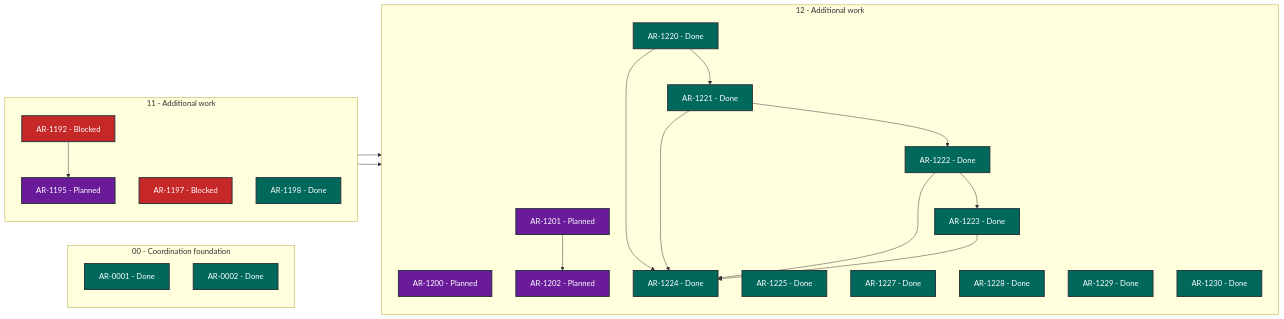
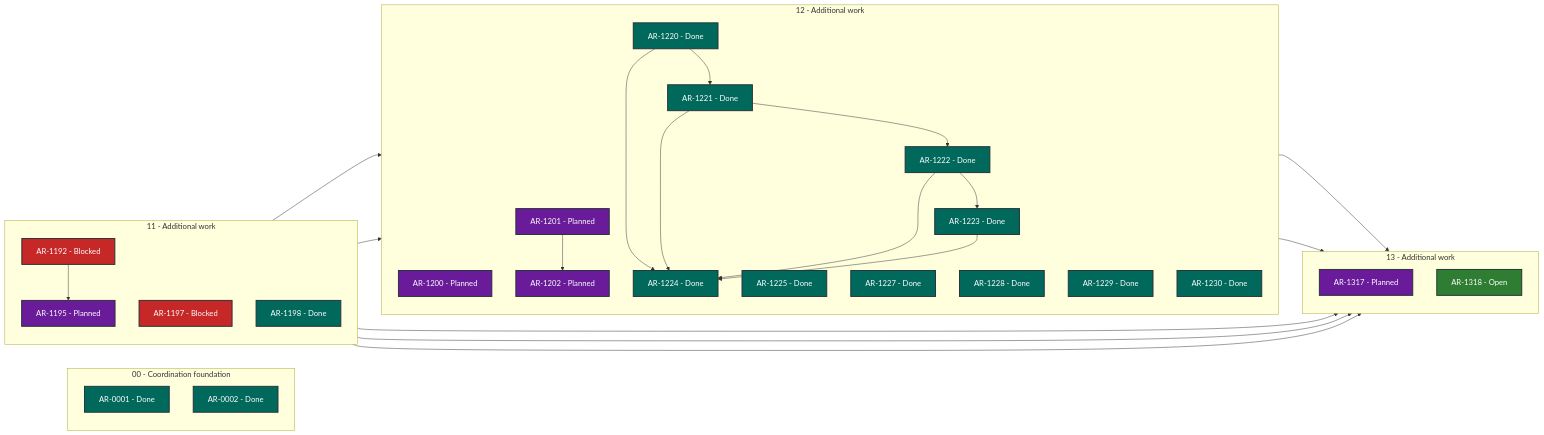
Before and after one commit to martin-beck/asb-tui-state: the diagram in STATUS.md, drawn with Mermaid. The commit also changed other lines of this file and 1 other file, not shown here.

````diff
--- a/STATUS.md
+++ b/STATUS.md
@@ -27,50 +27,60 @@
 ```mermaid
 flowchart LR
     subgraph series_00["00 - Coordination foundation"]
         direction TB
         AR_0001["AR-0001 - Done"]:::status_done
         AR_0002["AR-0002 - Done"]:::status_done
     end
     subgraph series_11["11 - Additional work"]
         direction TB
         AR_1192["AR-1192 - Blocked"]:::status_blocked
         AR_1195["AR-1195 - Planned"]:::status_planned
         AR_1197["AR-1197 - Blocked"]:::status_blocked
         AR_1198["AR-1198 - Done"]:::status_done
     end
     subgraph series_12["12 - Additional work"]
         direction TB
         AR_1200["AR-1200 - Planned"]:::status_planned
         AR_1201["AR-1201 - Planned"]:::status_planned
         AR_1202["AR-1202 - Planned"]:::status_planned
         AR_1220["AR-1220 - Done"]:::status_done
         AR_1221["AR-1221 - Done"]:::status_done
         AR_1222["AR-1222 - Done"]:::status_done
         AR_1223["AR-1223 - Done"]:::status_done
         AR_1224["AR-1224 - Done"]:::status_done
         AR_1225["AR-1225 - Done"]:::status_done
         AR_1227["AR-1227 - Done"]:::status_done
         AR_1228["AR-1228 - Done"]:::status_done
         AR_1229["AR-1229 - Done"]:::status_done
         AR_1230["AR-1230 - Done"]:::status_done
     end
+    subgraph series_13["13 - Additional work"]
+        direction TB
+        AR_1317["AR-1317 - Planned"]:::status_planned
+        AR_1318["AR-1318 - Open"]:::status_open
+    end
     AR_1192 --> AR_1195
+    AR_1192 --> AR_1317
+    AR_1192 --> AR_1318
     AR_1195 --> AR_1200
     AR_1197 --> AR_1201
+    AR_1197 --> AR_1317
     AR_1201 --> AR_1202
     AR_1220 --> AR_1221
     AR_1220 --> AR_1224
     AR_1221 --> AR_1222
     AR_1221 --> AR_1224
     AR_1222 --> AR_1223
     AR_1222 --> AR_1224
     AR_1223 --> AR_1224
+    AR_1228 --> AR_1317
+    AR_1229 --> AR_1317
     classDef status_in_progress fill:#1565c0,color:#ffffff,stroke:#263238,stroke-width:2px
     classDef status_open fill:#2e7d32,color:#ffffff,stroke:#263238,stroke-width:2px
     classDef status_blocked fill:#c62828,color:#ffffff,stroke:#263238,stroke-width:2px
     classDef status_planned fill:#6a1b9a,color:#ffffff,stroke:#263238,stroke-width:2px
     classDef status_future fill:#455a64,color:#ffffff,stroke:#263238,stroke-width:2px
     classDef status_done fill:#00695c,color:#ffffff,stroke:#263238,stroke-width:2px
     classDef status_cancelled fill:#616161,color:#ffffff,stroke:#263238,stroke-width:2px
     classDef status_superseded fill:#5d4037,color:#ffffff,stroke:#263238,stroke-width:2px
 ```
````
